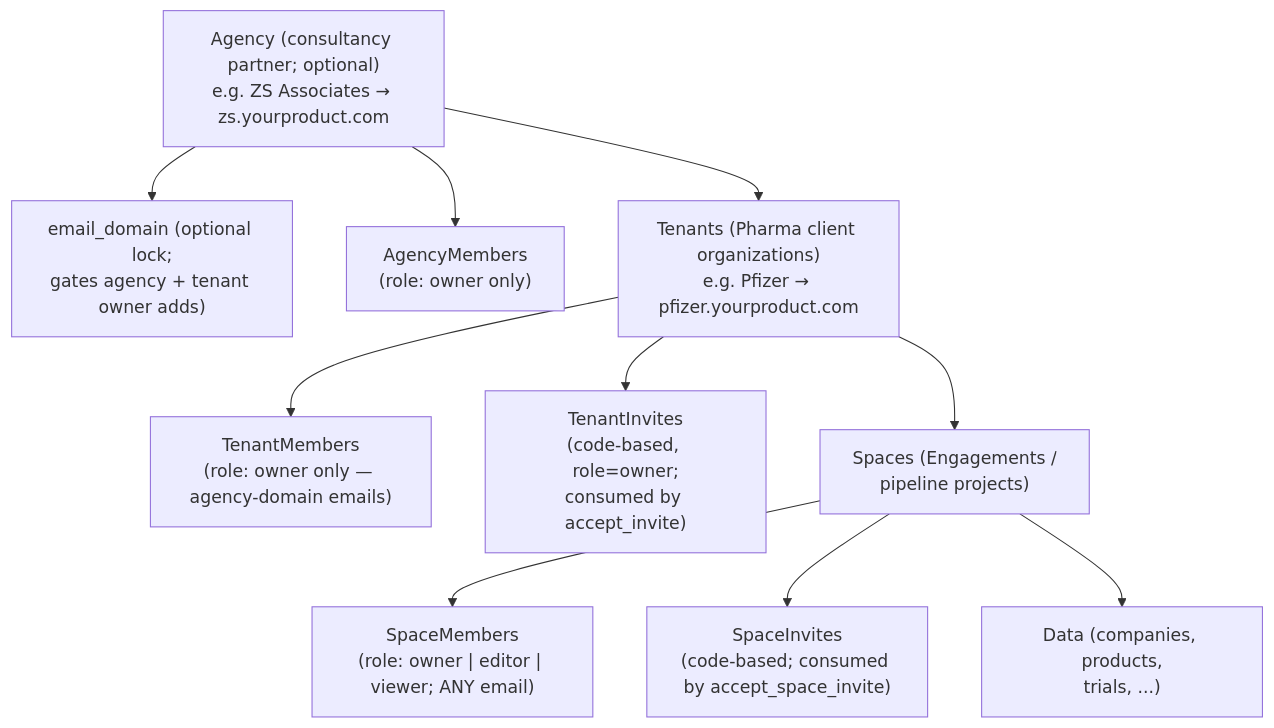
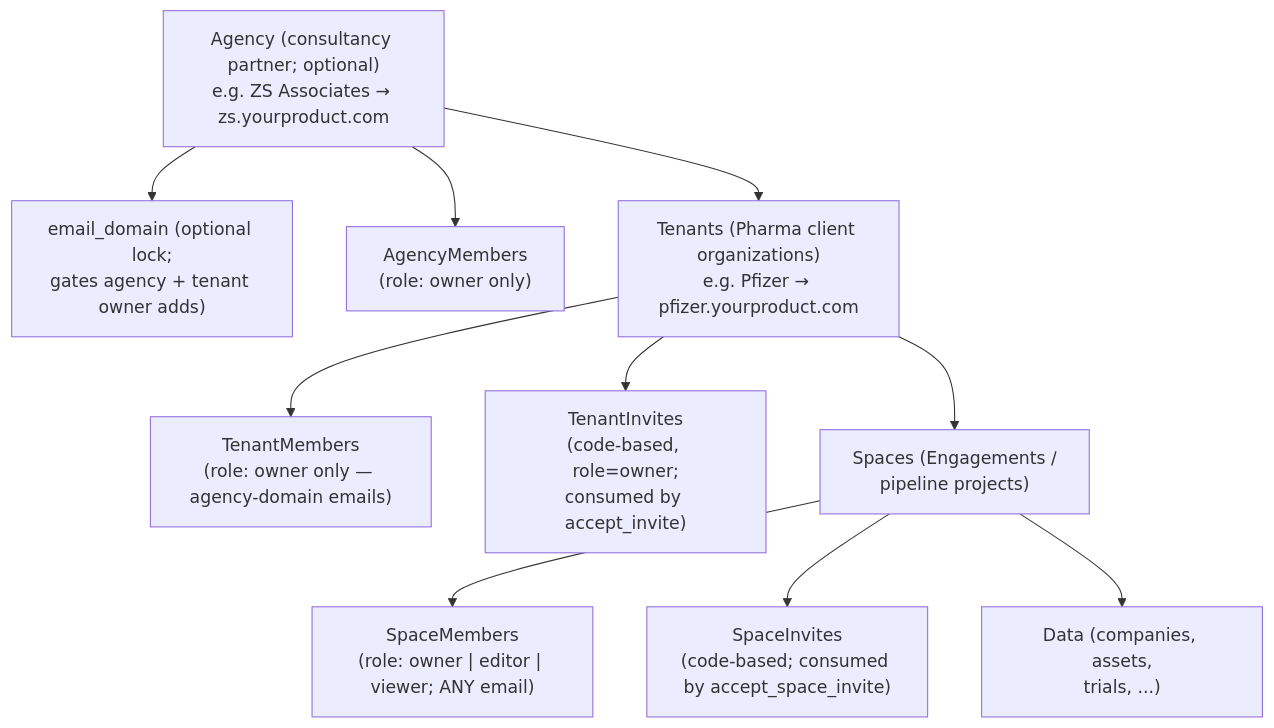
The diagram in docs/runbook/09-multi-tenant-model.md (clint-org/clint), drawn with Mermaid before and after one commit. The commit also changed other lines of this file and 101 other files, not shown here.

````diff
--- a/docs/runbook/09-multi-tenant-model.md
+++ b/docs/runbook/09-multi-tenant-model.md
@@ -9,13 +9,13 @@
 ```mermaid
 flowchart TD
   Agency["Agency (consultancy partner; optional)<br/>e.g. ZS Associates → zs.yourproduct.com"]
   Agency --> EmailDomain["email_domain (optional lock;<br/>gates agency + tenant owner adds)"]
   Agency --> AgencyMembers["AgencyMembers<br/>(role: owner only)"]
   Agency --> Tenants["Tenants (Pharma client organizations)<br/>e.g. Pfizer → pfizer.yourproduct.com"]
   Tenants --> TenantMembers["TenantMembers<br/>(role: owner only — agency-domain emails)"]
   Tenants --> TenantInvites["TenantInvites<br/>(code-based, role=owner;<br/>consumed by accept_invite)"]
   Tenants --> Spaces["Spaces (Engagements /<br/>pipeline projects)"]
   Spaces --> SpaceMembers["SpaceMembers<br/>(role: owner | editor | viewer; ANY email)"]
   Spaces --> SpaceInvites["SpaceInvites<br/>(code-based; consumed by accept_space_invite)"]
-  Spaces --> Data["Data (companies, products,<br/>trials, ...)"]
+  Spaces --> Data["Data (companies, assets,<br/>trials, ...)"]
 ```
````
